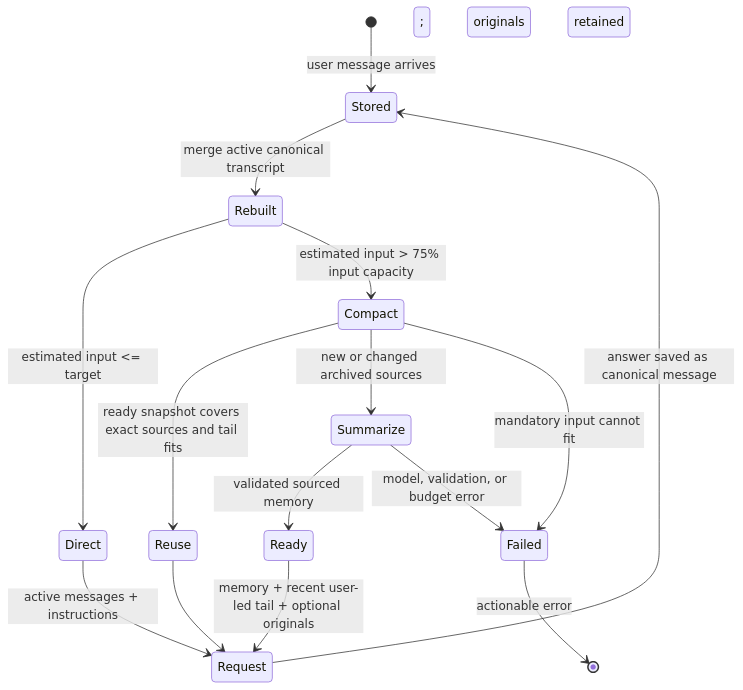
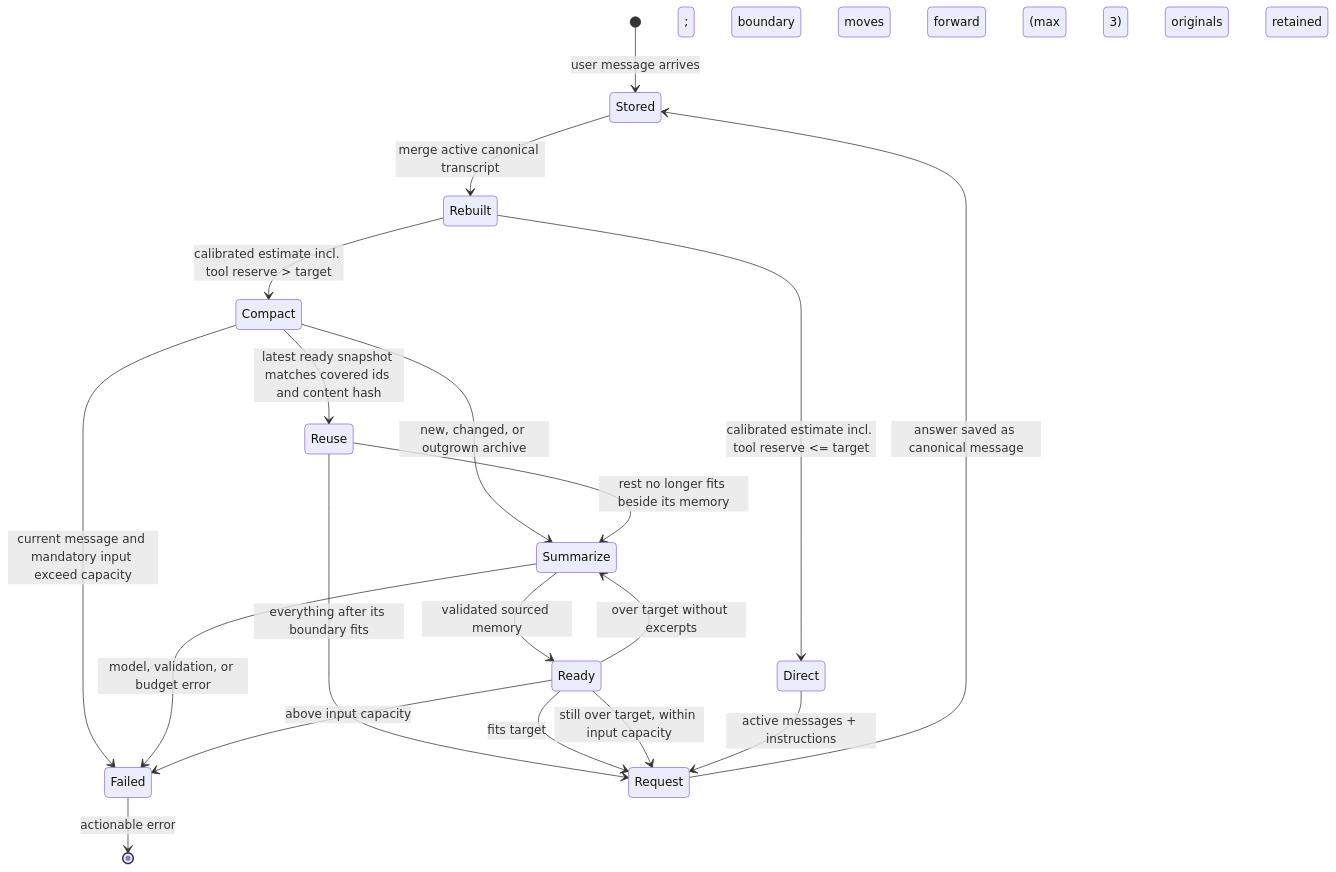
One commit to berylliumsec/nebula changed the first of 2 diagrams in docs/design/assistant-context-state-machine.md. Above: the diagram before and after it, drawn with Mermaid. The commit also changed other lines of this file and 8 other files, not shown here.

````diff
--- a/docs/design/assistant-context-state-machine.md
+++ b/docs/design/assistant-context-state-machine.md
@@ -12,17 +12,21 @@
 ```mermaid
 stateDiagram-v2
     [*] --> Stored: user message arrives
     Stored --> Rebuilt: merge active canonical transcript
-    Rebuilt --> Direct: estimated input <= target
-    Rebuilt --> Compact: estimated input > 75% input capacity
-    Compact --> Reuse: ready snapshot covers exact sources and tail fits
-    Compact --> Summarize: new or changed archived sources
+    Rebuilt --> Direct: calibrated estimate incl. tool reserve <= target
+    Rebuilt --> Compact: calibrated estimate incl. tool reserve > target
+    Compact --> Reuse: latest ready snapshot matches covered ids and content hash
+    Compact --> Summarize: new, changed, or outgrown archive
+    Compact --> Failed: current message and mandatory input exceed capacity
+    Reuse --> Request: everything after its boundary fits
+    Reuse --> Summarize: rest no longer fits beside its memory
     Summarize --> Ready: validated sourced memory
     Summarize --> Failed: model, validation, or budget error
-    Compact --> Failed: mandatory input cannot fit
-    Reuse --> Request
-    Ready --> Request: memory + recent user-led tail + optional originals
+    Ready --> Request: fits target
+    Ready --> Summarize: over target without excerpts; boundary moves forward (max 3)
+    Ready --> Request: still over target, within input capacity
+    Ready --> Failed: above input capacity
     Direct --> Request: active messages + instructions
     Failed --> [*]: actionable error; originals retained
     Request --> Stored: answer saved as canonical message
 ```
````
